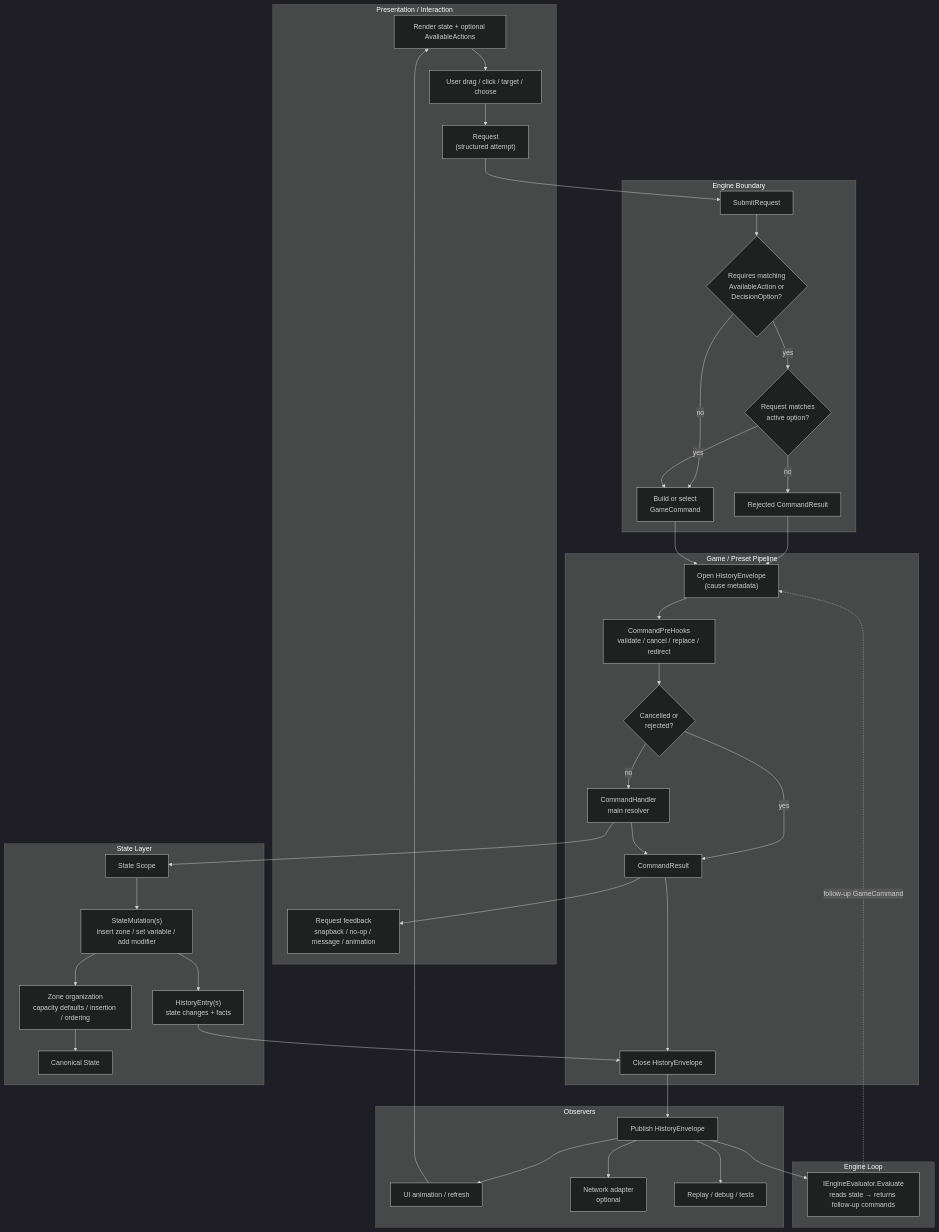
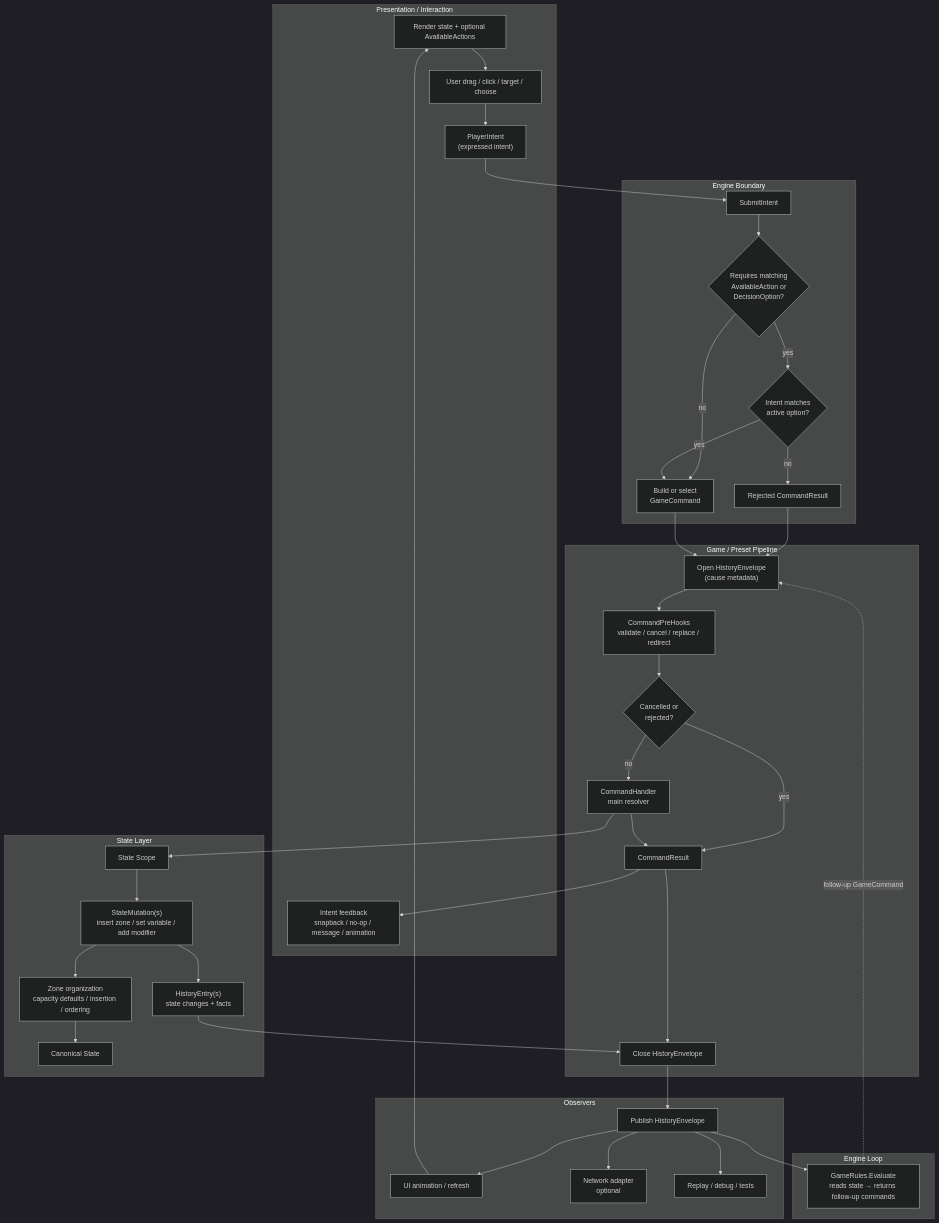
Before and after one commit to MgCohen/Card-Framework: the second of 3 diagrams in RESEARCH/17-action-definition-proposal.md, drawn with Mermaid (dark theme). The commit also changed other lines of this file and 10 other files, not shown here.

````diff
--- a/RESEARCH/17-action-definition-proposal.md
+++ b/RESEARCH/17-action-definition-proposal.md
@@ -228,76 +228,76 @@
 ```mermaid
 flowchart TD
   subgraph UI["Presentation / Interaction"]
     ViewState["Render state + optional AvailableActions"]
     Input["User drag / click / target / choose"]
-    Request["Request\n(structured attempt)"]
-    UIResult["Request feedback\nsnapback / no-op / message / animation"]
+    Intent["PlayerIntent\n(expressed intent)"]
+    UIResult["Intent feedback\nsnapback / no-op / message / animation"]
   end
 
   subgraph Engine["Engine Boundary"]
-    Entry["SubmitRequest"]
+    Entry["SubmitIntent"]
     OptionCheck{"Requires matching\nAvailableAction or\nDecisionOption?"}
-    MatchCheck{"Request matches\nactive option?"}
+    MatchCheck{"Intent matches\nactive option?"}
     BuildCommand["Build or select\nGameCommand"]
     Reject["Rejected CommandResult"]
   end
 
   subgraph Pipeline["Game / Preset Pipeline"]
     OpenEnvelope["Open HistoryEnvelope\n(cause metadata)"]
     PreHooks["CommandPreHooks\nvalidate / cancel / replace / redirect"]
     PreDecision{"Cancelled or\nrejected?"}
     Handler["CommandHandler\nmain resolver"]
     Result["CommandResult"]
     CloseEnvelope["Close HistoryEnvelope"]
   end
 
   subgraph EvalLoop["Engine Loop"]
-    Evaluator["IEngineEvaluator.Evaluate\nreads state → returns follow-up commands"]
+    Evaluator["GameRules.Evaluate\nreads state → returns follow-up commands"]
   end
 
   subgraph State["State Layer"]
     Scope["State Scope"]
     Mutations["StateMutation(s)\ninsert zone / set variable / add modifier"]
     ZoneOrg["Zone organization\ncapacity defaults / insertion / ordering"]
     Canonical["Canonical State"]
     Entries["HistoryEntry(s)\nstate changes + facts"]
   end
 
   subgraph Observers["Observers"]
     HistoryOut["Publish HistoryEnvelope"]
     UIConsume["UI animation / refresh"]
     Network["Network adapter\noptional"]
     Debug["Replay / debug / tests"]
   end
 
   ViewState --> Input
-  Input --> Request
-  Request --> Entry
+  Input --> Intent
+  Intent --> Entry
   Entry --> OptionCheck
   OptionCheck -->|"no"| BuildCommand
   OptionCheck -->|"yes"| MatchCheck
   MatchCheck -->|"no"| Reject
   MatchCheck -->|"yes"| BuildCommand
   Reject --> OpenEnvelope
   BuildCommand --> OpenEnvelope
   OpenEnvelope --> PreHooks
   PreHooks --> PreDecision
   PreDecision -->|"yes"| Result
   PreDecision -->|"no"| Handler
   Handler --> Scope
   Scope --> Mutations
   Mutations --> ZoneOrg
   ZoneOrg --> Canonical
   Mutations --> Entries
   Entries --> CloseEnvelope
   Handler --> Result
   Result --> CloseEnvelope
   CloseEnvelope --> HistoryOut
   HistoryOut --> Evaluator
   Evaluator -. "follow-up GameCommand" .-> OpenEnvelope
   HistoryOut --> UIConsume
   HistoryOut --> Network
   HistoryOut --> Debug
   Result --> UIResult
   UIConsume --> ViewState
 ```
````
